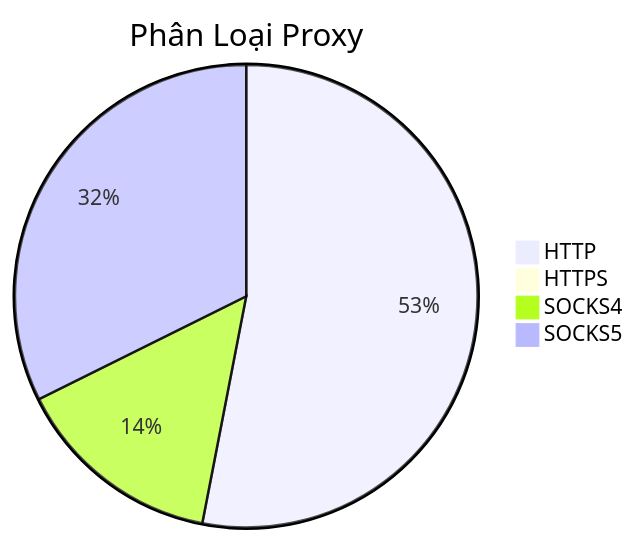
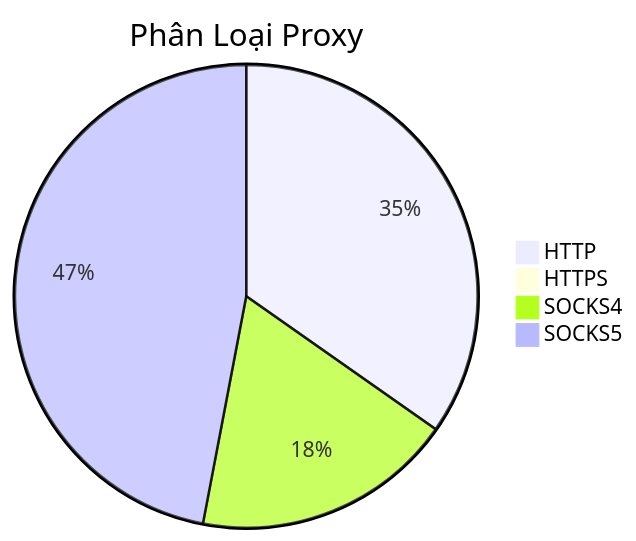
The diagram in README.md (Ciara-Aa/PROXY-free), drawn with Mermaid before and after one commit. The commit also changed other lines of this file and 4 other files, not shown here.

````diff
--- a/README.md
+++ b/README.md
@@ -26,7 +26,7 @@
 ```mermaid
 pie title Phân Loại Proxy
-    "HTTP" : 392
-    "HTTPS" : 6
-    "SOCKS4" : 108
-    "SOCKS5" : 239
+    "HTTP" : 255
+    "HTTPS" : 5
+    "SOCKS4" : 134
+    "SOCKS5" : 345
 ```
````
